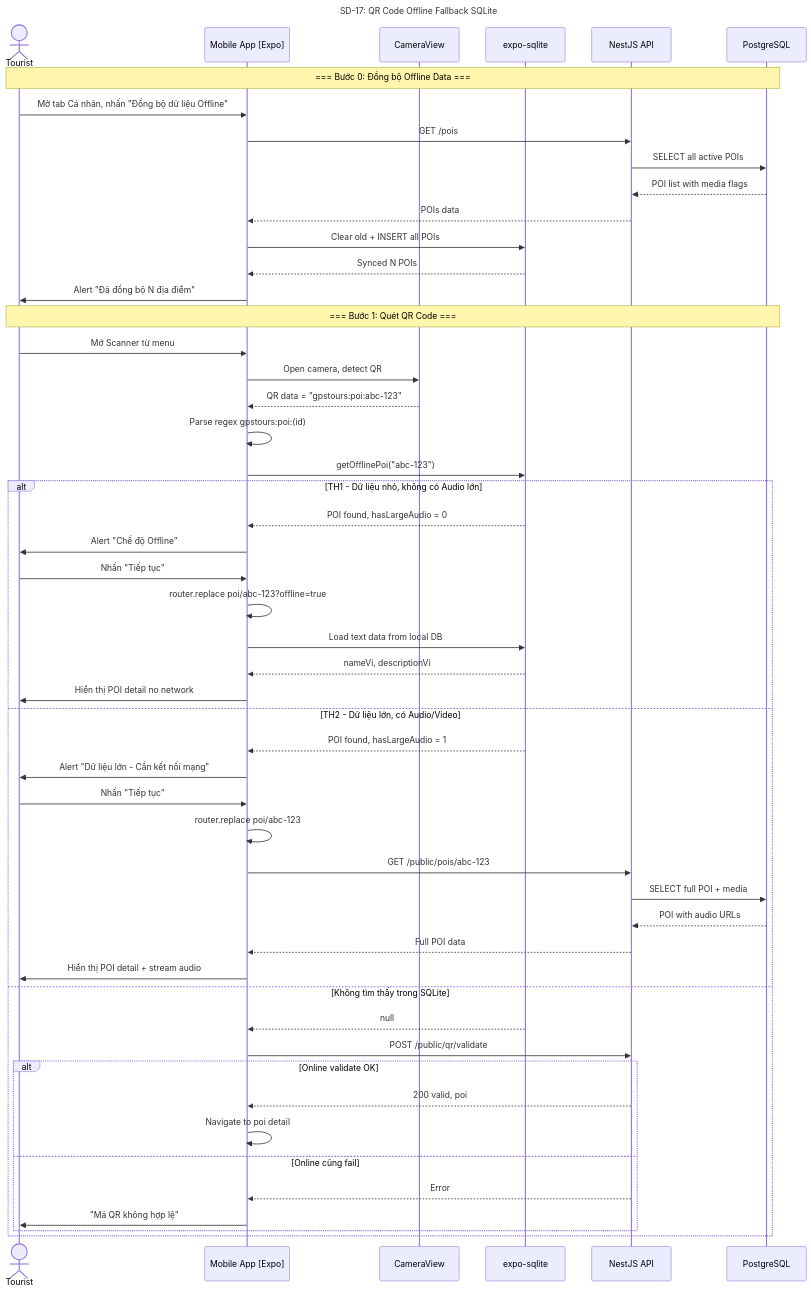
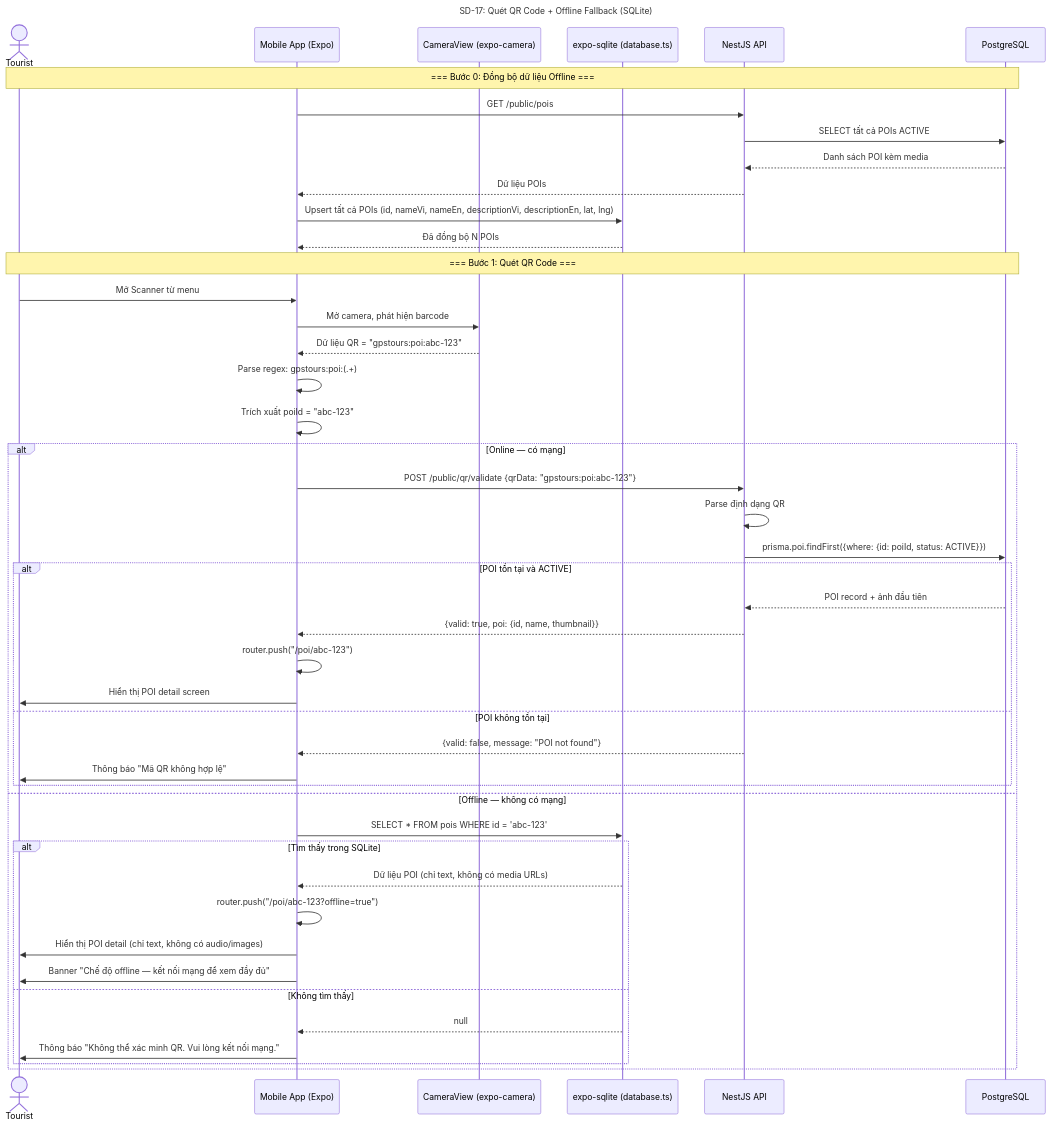
Before and after one commit to Ttuandatt/Seminar: diagram 17 of 28 in docs/step3_prd/15_sequence_diagrams.md, drawn with Mermaid. The commit also changed other lines of this file and 19 other files, not shown here.

````diff
--- a/docs/step3_prd/15_sequence_diagrams.md
+++ b/docs/step3_prd/15_sequence_diagrams.md
@@ -879,58 +970,55 @@
 ```mermaid
 sequenceDiagram
-    title SD-17: QR Code Offline Fallback SQLite
+    title SD-17: Quét QR Code + Offline Fallback (SQLite)
     actor Tourist
-    participant App as Mobile App [Expo]
-    participant Scanner as CameraView
-    participant SQLite as expo-sqlite
+    participant App as Mobile App (Expo)
+    participant Scanner as CameraView (expo-camera)
+    participant SQLite as expo-sqlite (database.ts)
     participant API as NestJS API
     participant DB as PostgreSQL
 
-    Note over Tourist, DB: === Bước 0: Đồng bộ Offline Data ===
-    Tourist->>App: Mở tab Cá nhân, nhấn "Đồng bộ dữ liệu Offline"
-    App->>API: GET /pois
-    API->>DB: SELECT all active POIs
-    DB-->>API: POI list with media flags
-    API-->>App: POIs data
-    App->>SQLite: Clear old + INSERT all POIs
-    SQLite-->>App: Synced N POIs
-    App->>Tourist: Alert "Đã đồng bộ N địa điểm"
+    Note over Tourist, DB: === Bước 0: Đồng bộ dữ liệu Offline ===
+    App->>API: GET /public/pois
+    API->>DB: SELECT tất cả POIs ACTIVE
+    DB-->>API: Danh sách POI kèm media
+    API-->>App: Dữ liệu POIs
+    App->>SQLite: Upsert tất cả POIs (id, nameVi, nameEn, descriptionVi, descriptionEn, lat, lng)
+    SQLite-->>App: Đã đồng bộ N POIs
 
     Note over Tourist, DB: === Bước 1: Quét QR Code ===
     Tourist->>App: Mở Scanner từ menu
-    App->>Scanner: Open camera, detect QR
-    Scanner-->>App: QR data = "gpstours:poi:abc-123"
+    App->>Scanner: Mở camera, phát hiện barcode
+    Scanner-->>App: Dữ liệu QR = "gpstours:poi:abc-123"
 
-    App->>App: Parse regex gpstours:poi:(id)
-    App->>SQLite: getOfflinePoi("abc-123")
+    App->>App: Parse regex: gpstours:poi:(.+)
+    App->>App: Trích xuất poiId = "abc-123"
 
-    alt TH1 - Dữ liệu nhỏ, không có Audio lớn
-        SQLite-->>App: POI found, hasLargeAudio = 0
-        App->>Tourist: Alert "Chế độ Offline"
-        Tourist->>App: Nhấn "Tiếp tục"
-        App->>App: router.replace poi/abc-123?offline=true
-        App->>SQLite: Load text data from local DB
-        SQLite-->>App: nameVi, descriptionVi
-        App->>Tourist: Hiển thị POI detail no network
-    else TH2 - Dữ liệu lớn, có Audio/Video
-        SQLite-->>App: POI found, hasLargeAudio = 1
-        App->>Tourist: Alert "Dữ liệu lớn - Cần kết nối mạng"
-        Tourist->>App: Nhấn "Tiếp tục"
-        App->>App: router.replace poi/abc-123
-        App->>API: GET /public/pois/abc-123
-        API->>DB: SELECT full POI + media
-        DB-->>API: POI with audio URLs
-        API-->>App: Full POI data
-        App->>Tourist: Hiển thị POI detail + stream audio
-    else Không tìm thấy trong SQLite
-        SQLite-->>App: null
-        App->>API: POST /public/qr/validate
-        alt Online validate OK
-            API-->>App: 200 valid, poi
-            App->>App: Navigate to poi detail
-        else Online cũng fail
-            API-->>App: Error
-            App->>Tourist: "Mã QR không hợp lệ"
+    alt Online — có mạng
+        App->>API: POST /public/qr/validate {qrData: "gpstours:poi:abc-123"}
+        API->>API: Parse định dạng QR
+        API->>DB: prisma.poi.findFirst({where: {id: poiId, status: ACTIVE}})
+
+        alt POI tồn tại và ACTIVE
+            DB-->>API: POI record + ảnh đầu tiên
+            API-->>App: {valid: true, poi: {id, name, thumbnail}}
+            App->>App: router.push("/poi/abc-123")
+            App->>Tourist: Hiển thị POI detail screen
+        else POI không tồn tại
+            API-->>App: {valid: false, message: "POI not found"}
+            App->>Tourist: Thông báo "Mã QR không hợp lệ"
+        end
+
+    else Offline — không có mạng
+        App->>SQLite: SELECT * FROM pois WHERE id = 'abc-123'
+
+        alt Tìm thấy trong SQLite
+            SQLite-->>App: Dữ liệu POI (chỉ text, không có media URLs)
+            App->>App: router.push("/poi/abc-123?offline=true")
+            App->>Tourist: Hiển thị POI detail (chỉ text, không có audio/images)
+            App->>Tourist: Banner "Chế độ offline — kết nối mạng để xem đầy đủ"
+        else Không tìm thấy
+            SQLite-->>App: null
+            App->>Tourist: Thông báo "Không thể xác minh QR. Vui lòng kết nối mạng."
         end
     end
 ```
````
